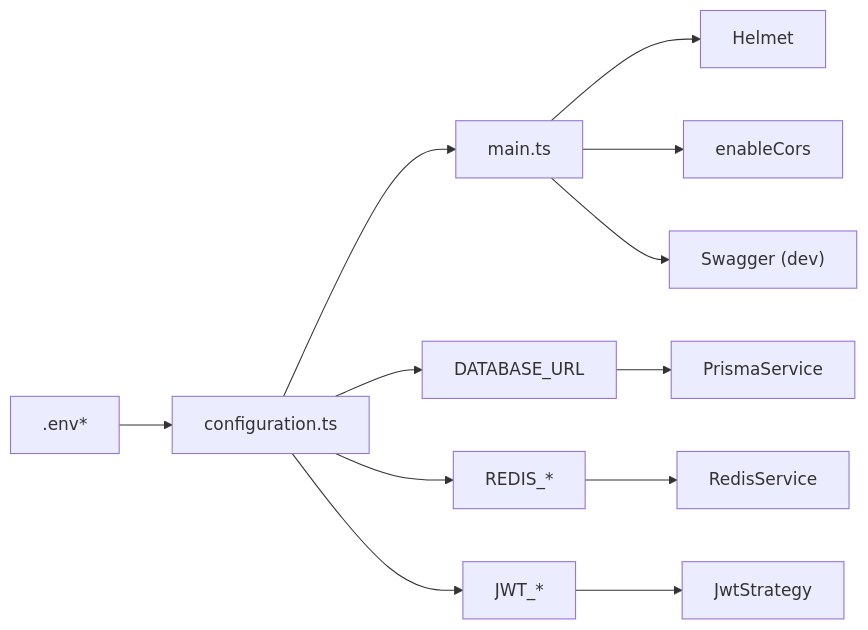
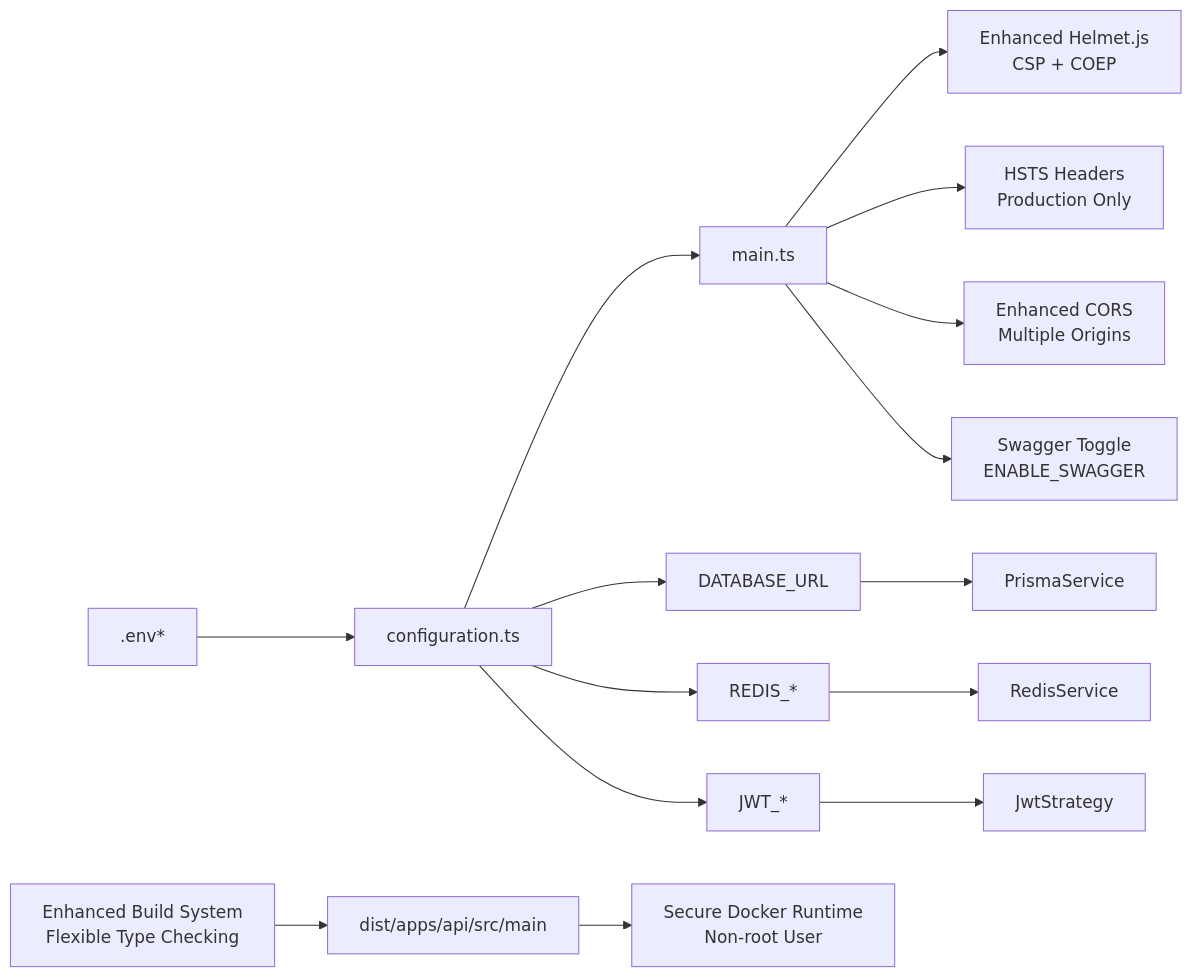
One commit to Avi-Bendetsky/Quiz-to-build changed the third of 3 diagrams in .qoder/repowiki/en/content/Configuration and Environment.md. Above: the diagram before and after it, drawn with Mermaid. The commit also changed other lines of this file and 41 other files, not shown here.

````diff
--- a/.qoder/repowiki/en/content/Configuration and Environment.md
+++ b/.qoder/repowiki/en/content/Configuration and Environment.md
@@ -343,14 +517,17 @@
 ```mermaid
 graph LR
 Env[".env*"] --> Loader["configuration.ts"]
 Loader --> Main["main.ts"]
-Main --> Helmet["Helmet"]
-Main --> CORS["enableCors"]
-Main --> Swagger["Swagger (dev)"]
+Main --> Helmet["Enhanced Helmet.js<br/>CSP + COEP"]
+Main --> HSTS["HSTS Headers<br/>Production Only"]
+Main --> CORS["Enhanced CORS<br/>Multiple Origins"]
+Main --> Swagger["Swagger Toggle<br/>ENABLE_SWAGGER"]
 Loader --> DB["DATABASE_URL"]
 Loader --> RedisCfg["REDIS_*"]
 Loader --> JWT["JWT_*"]
 DB --> Prisma["PrismaService"]
 RedisCfg --> RedisSvc["RedisService"]
 JWT --> JwtStrategy["JwtStrategy"]
+Build["Enhanced Build System<br/>Flexible Type Checking"] --> Dist["dist/apps/api/src/main"]
+Dist --> Docker["Secure Docker Runtime<br/>Non-root User"]
 ```
````
